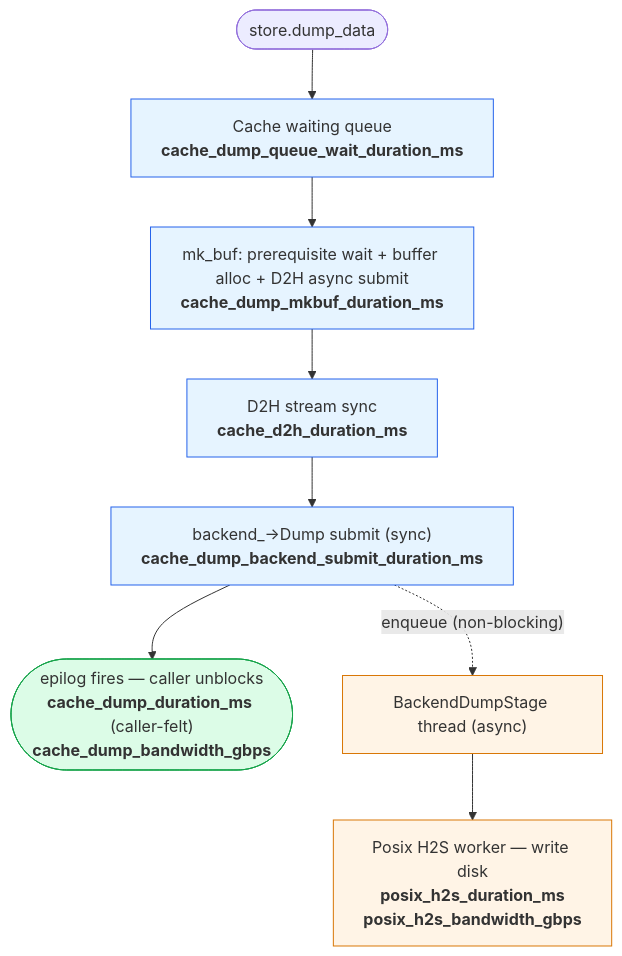
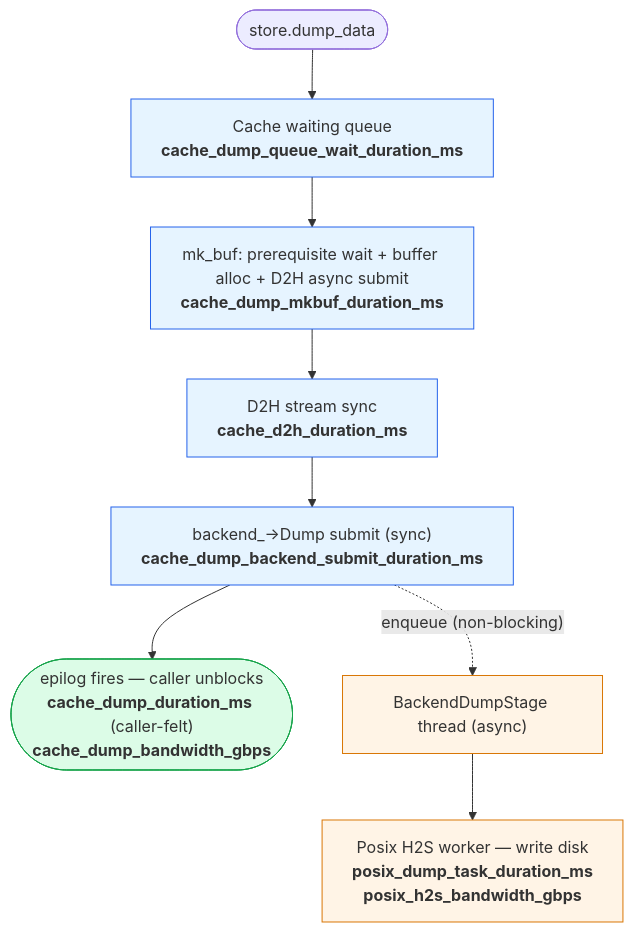
Before and after one commit to dante159753/unified-cache-management: the fourth of 4 diagrams in docs/source/user-guide/metrics/performance_analysis.md, drawn with Mermaid. The commit also changed other lines of this file and 13 other files, not shown here.

````diff
--- a/docs/source/user-guide/metrics/performance_analysis.md
+++ b/docs/source/user-guide/metrics/performance_analysis.md
@@ -81,19 +76,19 @@
 ```mermaid
 flowchart TD
     A(["store.dump_data"])
     B["Cache waiting queue<br/><b>cache_dump_queue_wait_duration_ms</b>"]
     C["mk_buf: prerequisite wait + buffer alloc + D2H async submit<br/><b>cache_dump_mkbuf_duration_ms</b>"]
     D["D2H stream sync<br/><b>cache_d2h_duration_ms</b>"]
     E["backend_->Dump submit (sync)<br/><b>cache_dump_backend_submit_duration_ms</b>"]
     H(["epilog fires — caller unblocks<br/><b>cache_dump_duration_ms</b> (caller-felt)<br/><b>cache_dump_bandwidth_gbps</b>"])
     F["BackendDumpStage thread (async)"]
-    G["Posix H2S worker — write disk<br/><b>posix_h2s_duration_ms</b><br/><b>posix_h2s_bandwidth_gbps</b>"]
+    G["Posix H2S worker — write disk<br/><b>posix_dump_task_duration_ms</b><br/><b>posix_h2s_bandwidth_gbps</b>"]
     A --> B --> C --> D --> E --> H
     E -. "enqueue (non-blocking)" .-> F --> G
     classDef cache fill:#e6f4ff,stroke:#2563eb
     classDef posix fill:#fff4e6,stroke:#d97706
     classDef done fill:#dcfce7,stroke:#16a34a
     class B,C,D,E cache
     class F,G posix
     class H done
 ```
````
